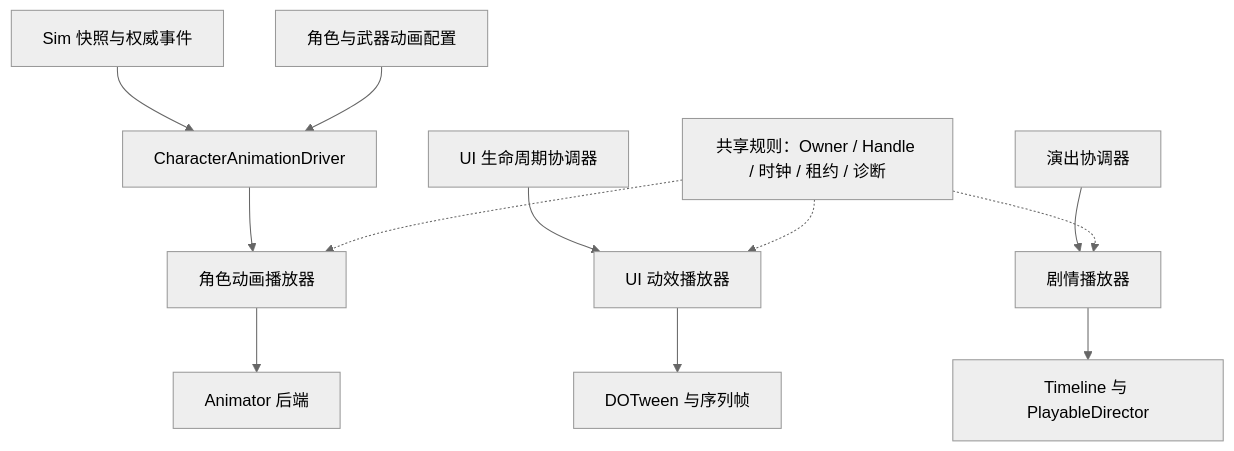
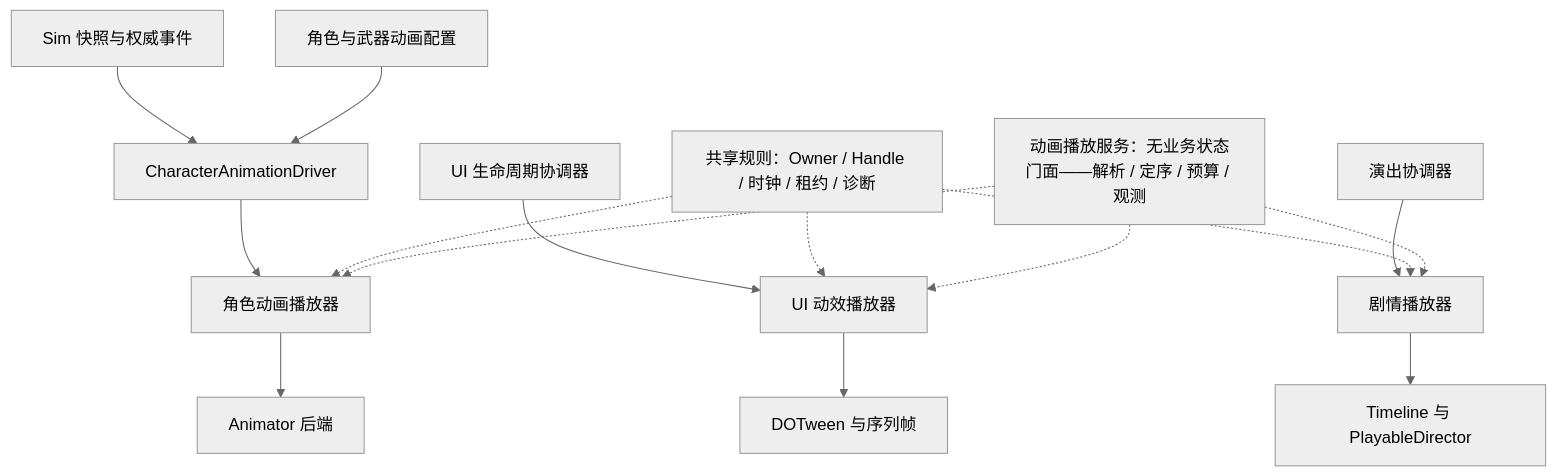
One commit to highhunter777/LiteFrameWork changed the diagram in Docs/设计文档/client/animation/动画模块专项设计.md. Above: the diagram before and after it, drawn with Mermaid (neutral theme). The commit also changed other lines of this file and 1 other file, not shown here.

````diff
--- a/Docs/设计文档/client/animation/动画模块专项设计.md
+++ b/Docs/设计文档/client/animation/动画模块专项设计.md
@@ -51,15 +51,19 @@
 ```mermaid
 flowchart TD
     S[Sim 快照与权威事件] --> D[CharacterAnimationDriver]
     P[角色与武器动画配置] --> D
     D --> A[角色动画播放器]
     A --> B[Animator 后端]
     U[UI 生命周期协调器] --> M[UI 动效播放器]
     M --> T[DOTween 与序列帧]
     C[演出协调器] --> Q[剧情播放器]
     Q --> L[Timeline 与 PlayableDirector]
     R[共享规则：Owner / Handle / 时钟 / 租约 / 诊断]
     R -.-> A
     R -.-> M
     R -.-> Q
+    V[动画播放服务：无业务状态门面——解析 / 定序 / 预算 / 观测]
+    V -.-> A
+    V -.-> M
+    V -.-> Q
 ```
````
